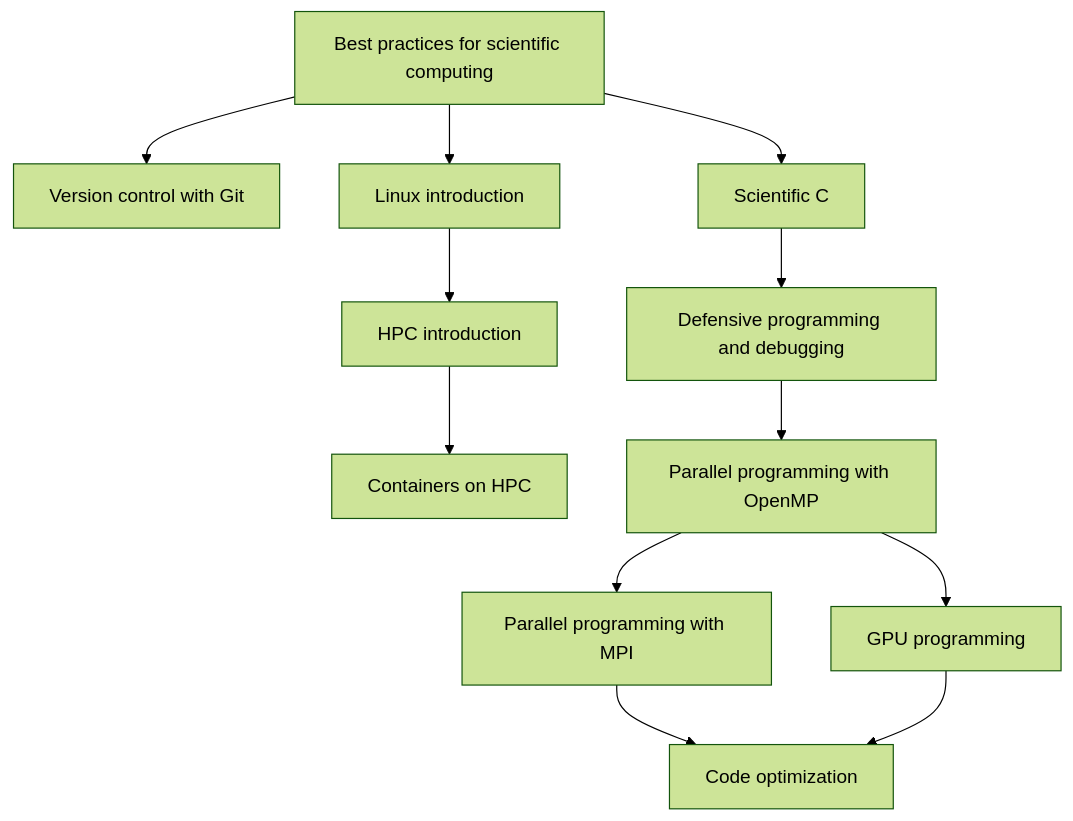
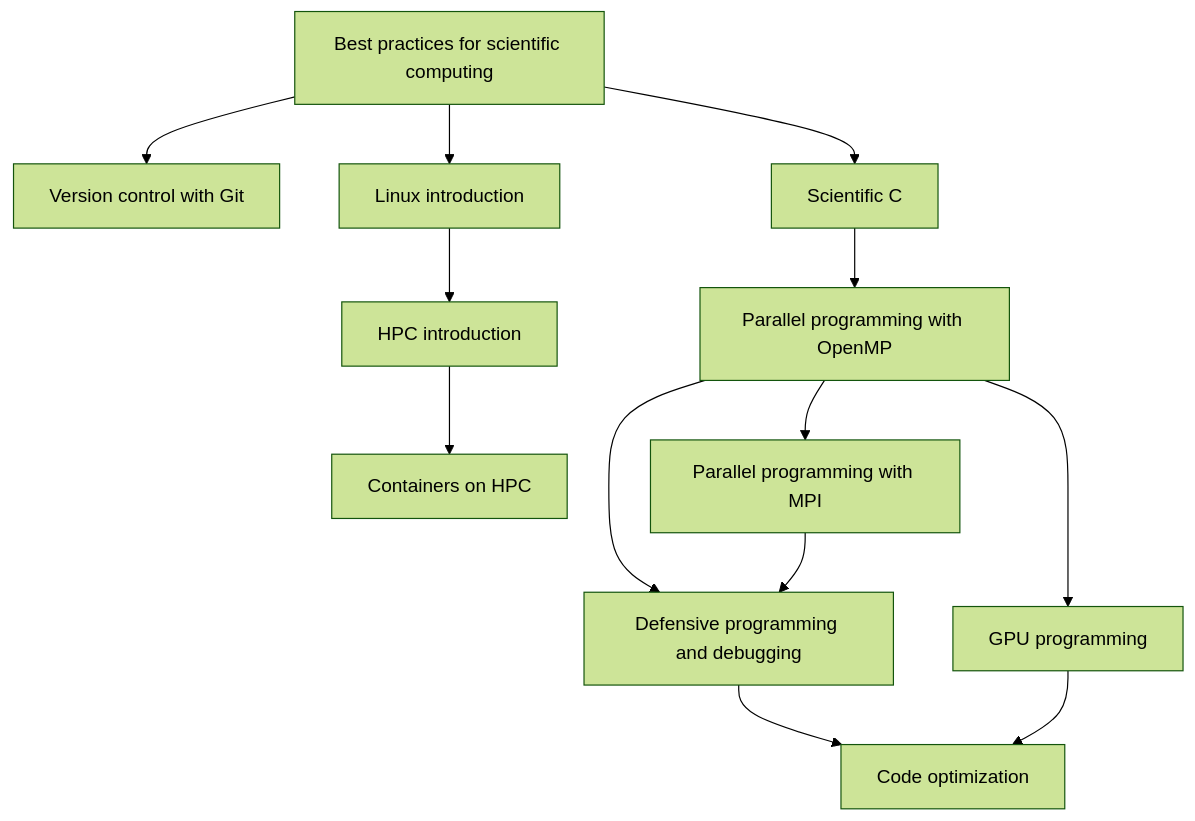
The diagram in docs/learning_path_hpc_application_development_c.md (gjbex/Training-sessions), drawn with Mermaid (forest theme) before and after one commit. The commit also changed other lines of this file and 2 other files, not shown here.

Commit message:
Swap dependencies of parallel programming and defensive programming and debugging

````diff
--- a/docs/learning_path_hpc_application_development_c.md
+++ b/docs/learning_path_hpc_application_development_c.md
@@ -6,25 +6,26 @@
 ```mermaid
 graph TD
   Best_practices_for_scientific_computing[Best practices for scientific computing] --> Version_control_with_git[Version control with Git]
   Best_practices_for_scientific_computing --> Linux_intro[Linux introduction]
   Linux_intro --> HPC_intro[HPC introduction]
   HPC_intro --> Containers_on_HPC[Containers on HPC]
   Best_practices_for_scientific_computing --> Scientific_C[Scientific C]
-  Scientific_C --> Defensive_programming_and_debugging[Defensive programming and debugging]
-  Defensive_programming_and_debugging --> Parallel_programming_with_OpenMP[Parallel programming with OpenMP]
+  Scientific_C --> Parallel_programming_with_OpenMP[Parallel programming with OpenMP]
   Parallel_programming_with_OpenMP --> Parallel_programming_with_MPI[Parallel programming with MPI]
-  Parallel_programming_with_MPI --> Code_optimization[Code optimization]
+  Parallel_programming_with_OpenMP --> Defensive_programming_and_debugging[Defensive programming and debugging]
+  Parallel_programming_with_MPI --> Defensive_programming_and_debugging
+  Defensive_programming_and_debugging --> Code_optimization[Code optimization]
   Parallel_programming_with_OpenMP --> GPU_programming[GPU programming]
   GPU_programming --> Code_optimization
   click Best_practices_for_scientific_computing "https://gjbex.github.io/Best-practices-for-scientific-computing/" "Best practices for scientific computing"
   click Version_control_with_git "https://gjbex.github.io/Version-control-with-git" "Version control with Git"
   click Linux_intro "https://gjbex.github.io/Training-sessions/linux_intro" "Linux introduction"
   click HPC_intro "https://gjbex.github.io/Training-sessions/hpc_intro" "HPC introduction"
   click Containers_on_HPC "https://gjbex.github.io/Containers-for-HPC/" "Containers on HPC"
   click Scientific_C "https://gjbex.github.io/Scientific-C/" "Scientific C"
   click Defensive_programming_and_debugging "https://gjbex.github.io/Defensive-programming-and-debugging/" "Defensive programming and debugging"
   click Parallel_programming_with_OpenMP "https://gjbex.github.io/Training-sessions/parallel_programming_with_openmp" "Parallel programming with OpenMP"
   click Parallel_programming_with_MPI "https://gjbex.github.io/Training-sessions/parallel_programming_with_mpi" "Parallel programming with MPI"
   click GPU_programming "https://gjbex.github.io/GPU-programming/" "GPU programming"
   click Code_optimization "https://gjbex.github.io/Code-optimization/" "Code optimization"
 ```
````
